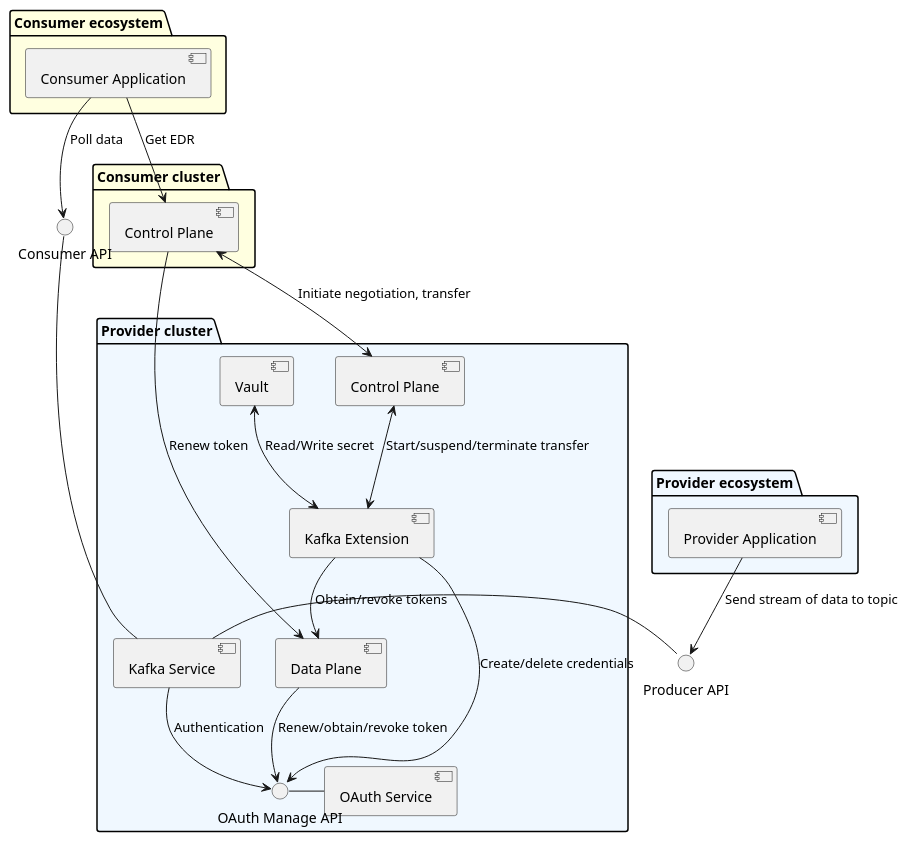
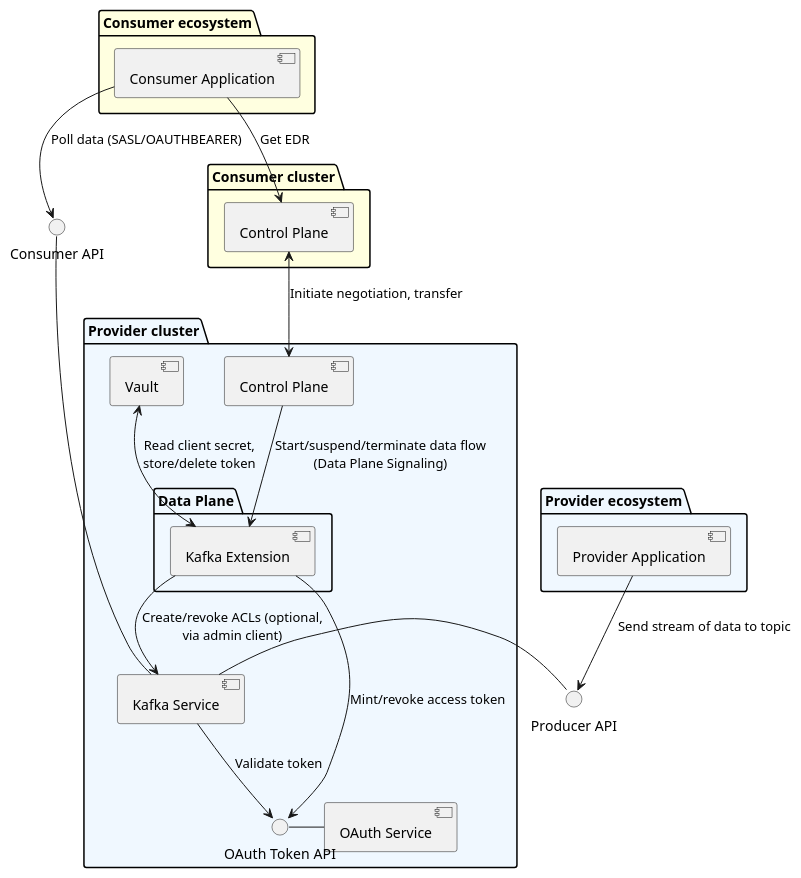
Before and after one commit to ds-jhartmann/tractusx-edc: the diagram in docs/development/kafka-streaming/diagrams/Component diagram EDC Kafka Extension.puml, drawn with PlantUML. The commit also changed 11 other files, not shown here.

Commit message:
docs(kafka): align docs with data-plane lifecycle and wiring

```diff
--- a/docs/development/kafka-streaming/diagrams/Component diagram EDC Kafka Extension.puml
+++ b/docs/development/kafka-streaming/diagrams/Component diagram EDC Kafka Extension.puml
@@ -1,44 +1,43 @@
 @startuml
 /'
 SPDX-License-Identifier: CC-BY-4.0
 SPDX-FileCopyrightText: (c) 2026 Contributors to the Eclipse Foundation
 '/
 package "Provider ecosystem" #AliceBlue {
     [Provider Application] as ProviderApp
 }
 
 package "Provider cluster" #AliceBlue {
     [Control Plane] as ProviderCP
-    [Data Plane] as ProviderDP
-    [Kafka Extension] as ProviderKE
+    package "Data Plane" {
+        [Kafka Extension] as ProviderKE
+    }
     [Kafka Service] as Kafka
     [OAuth Service] as OAuthService
     [Vault]
-    interface "OAuth Manage API" as OAuth2API
+    interface "OAuth Token API" as OAuth2API
     OAuth2API - OAuthService
 }
 
 package "Consumer cluster" #LightYellow {
     [Control Plane] as ConsumerCP
 }
 package "Consumer ecosystem" #LightYellow {
     [Consumer Application] as ConsumerApp
 }
 
 interface "Producer API" as ProducerAPI
 ProducerAPI - Kafka
 interface "Consumer API" as ConsumeAPI
 ConsumeAPI - Kafka
 
 ProviderApp --> ProducerAPI : Send stream of data to topic
 ConsumerCP <--> ProviderCP : Initiate negotiation, transfer
-ProviderCP <--> ProviderKE : Start/suspend/terminate transfer
-ConsumerCP --> ProviderDP : Renew token
-ProviderDP --> OAuth2API : Renew/obtain/revoke token
-[Vault] <--> ProviderKE : Read/Write secret
-ProviderKE --> OAuth2API : Create/delete credentials
-ProviderKE --> ProviderDP : Obtain/revoke tokens
-Kafka --> OAuth2API : Authentication
+ProviderCP --> ProviderKE : Start/suspend/terminate data flow\n(Data Plane Signaling)
+ProviderKE --> OAuth2API : Mint/revoke access token
+[Vault] <--> ProviderKE : Read client secret,\nstore/delete token
+ProviderKE --> Kafka : Create/revoke ACLs (optional,\nvia admin client)
+Kafka --> OAuth2API : Validate token
 ConsumerApp --> ConsumerCP : Get EDR
-ConsumerApp --> ConsumeAPI : Poll data
+ConsumerApp --> ConsumeAPI : Poll data (SASL/OAUTHBEARER)
 @enduml
```
